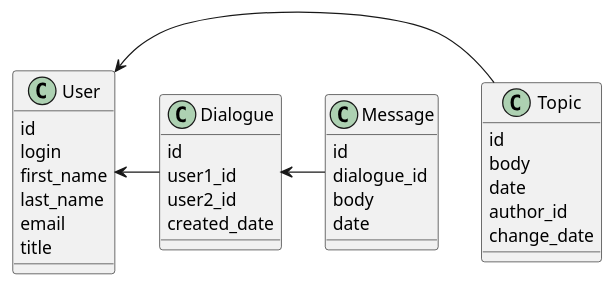
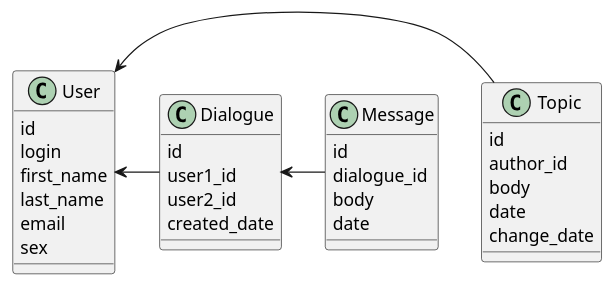
Before and after one commit to PabloKharo/ISA: the second of 2 diagrams in isa_lab_1/components.md, drawn with PlantUML. The commit also changed other lines of this file, not shown here.

````diff
--- a/isa_lab_1/components.md
+++ b/isa_lab_1/components.md
@@ -89,41 +89,41 @@
 ```puml
 @startuml
 
 class User {
   id
   login
   first_name
   last_name
   email
-  title
+  sex
 }
 
 
 class Topic {
   id
+  author_id
   body
   date
-  author_id
   change_date
 }
 
 class Dialogue {
   id
   user1_id
   user2_id
   created_date
 }
 
 class Message {
   id
   dialogue_id
   body
   date
 }
 
 User <- Topic
 User <- Dialogue
 Dialogue <- Message
 
 @enduml
 ```
````
